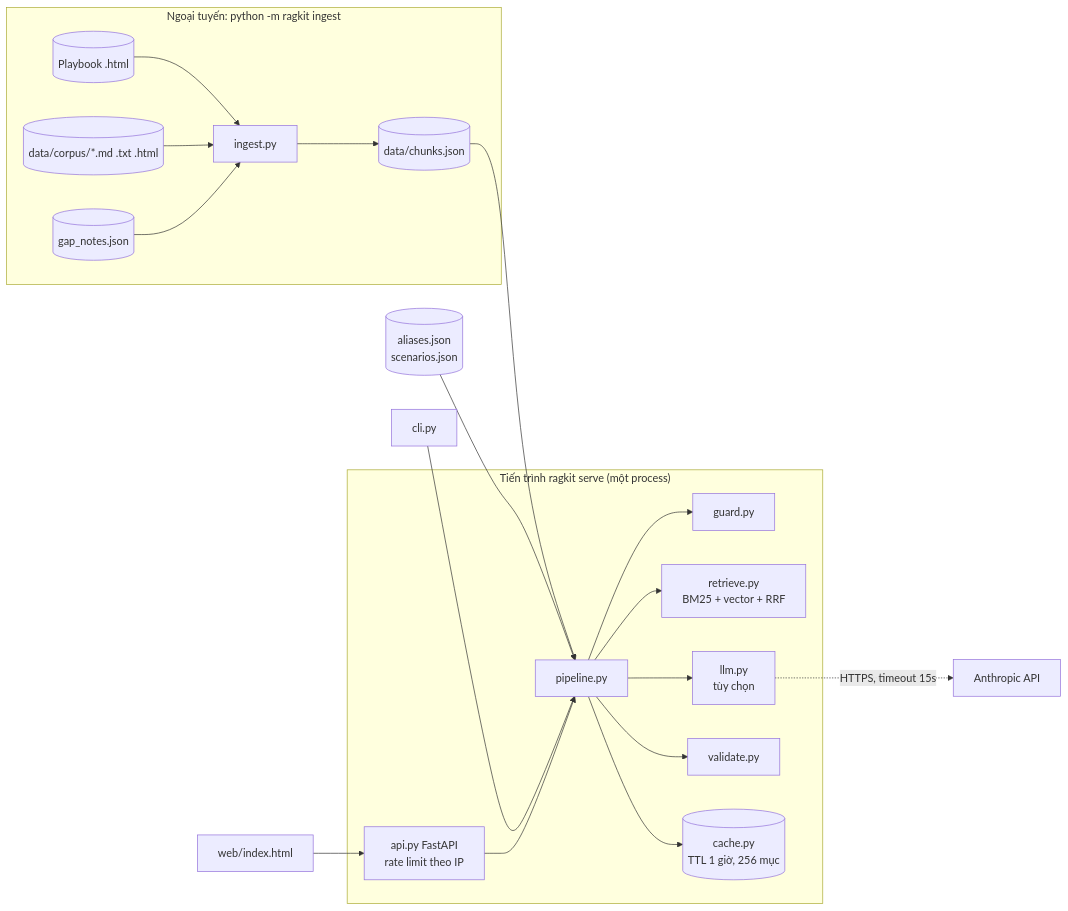
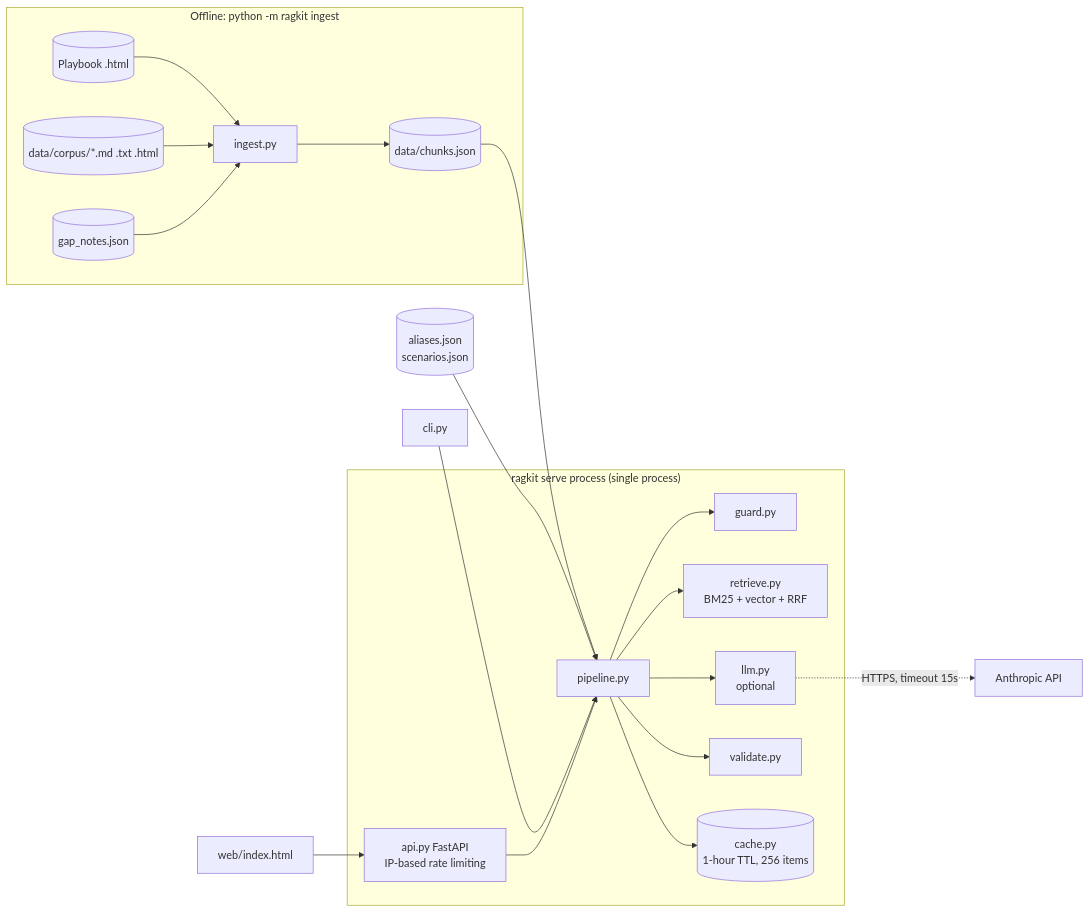
Before and after one commit to bachkhmt/TourbillionSG-FlameInFreefall: the first of 3 diagrams in playbook-rag/docs/ARCHITECTURE.md, drawn with Mermaid. The commit also changed other lines of this file and 53 other files, not shown here.

````diff
--- a/playbook-rag/docs/ARCHITECTURE.md
+++ b/playbook-rag/docs/ARCHITECTURE.md
@@ -14,22 +14,22 @@
 ```mermaid
 flowchart LR
-  subgraph Offline["Ngoại tuyến: python -m ragkit ingest"]
+  subgraph Offline["Offline: python -m ragkit ingest"]
     SRC[("Playbook .html")] --> ING[ingest.py]
     COR[("data/corpus/*.md .txt .html")] --> ING
     GAP[("gap_notes.json")] --> ING
     ING --> CH[("data/chunks.json")]
   end
-  subgraph Server["Tiến trình ragkit serve (một process)"]
-    API["api.py FastAPI<br/>rate limit theo IP"] --> PIPE[pipeline.py]
+  subgraph Server["ragkit serve process (single process)"]
+    API["api.py FastAPI<br/>IP-based rate limiting"] --> PIPE[pipeline.py]
     PIPE --> GRD[guard.py]
     PIPE --> RET["retrieve.py<br/>BM25 + vector + RRF"]
-    PIPE --> LLM["llm.py<br/>tùy chọn"]
+    PIPE --> LLM["llm.py<br/>optional"]
     PIPE --> VAL[validate.py]
-    PIPE --> CCH[("cache.py<br/>TTL 1 giờ, 256 mục")]
+    PIPE --> CCH[("cache.py<br/>1-hour TTL, 256 items")]
   end
   CH --> PIPE
   AL[("aliases.json<br/>scenarios.json")] --> PIPE
   UI["web/index.html"] --> API
   CLI[cli.py] --> PIPE
   LLM -. "HTTPS, timeout 15s" .-> ANTH["Anthropic API"]
 ```
````
